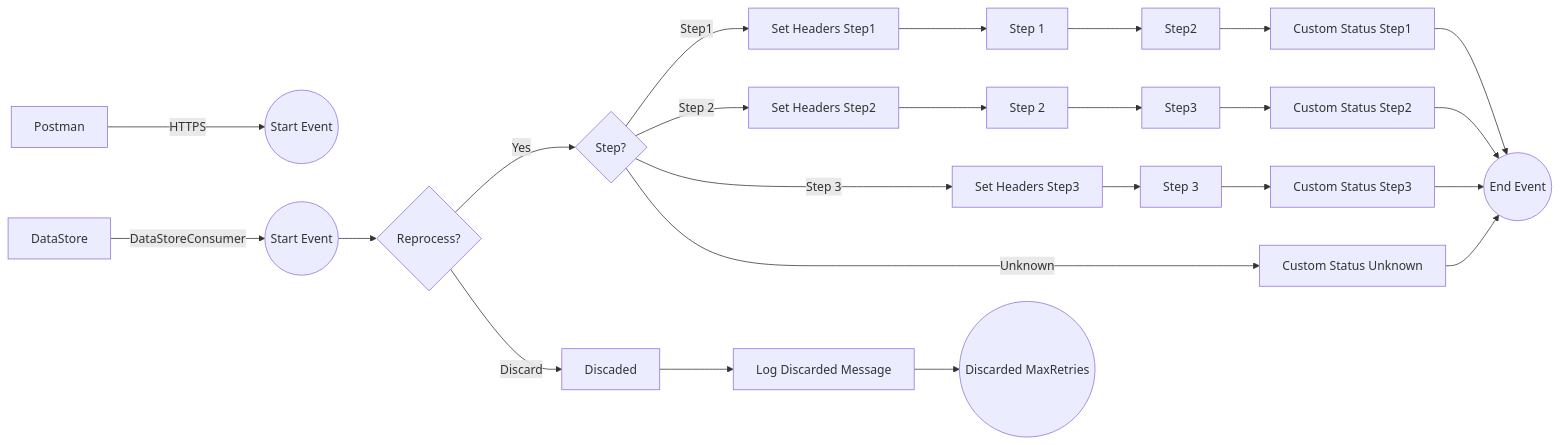
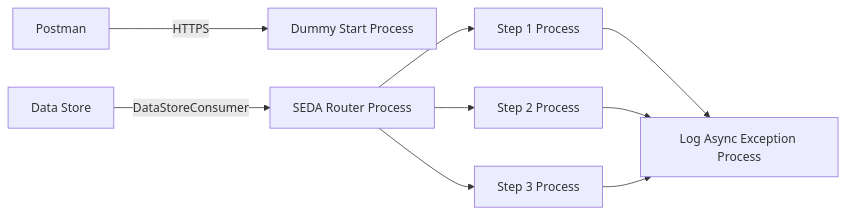
Before and after one commit to Avvale-IA-CICD/AvvaleCPI: the diagram in MMZ - Cell Iflows/SEDA_Model_-_Single_DS_-_Restart_and_Discard_MMZ-1.0.1/readme.md, drawn with Mermaid. The commit also changed other lines of this file, not shown here.

Commit message:
Add/update documentation for SEDA_Model_-_Single_DS_-_Restart_and_Discard_MMZ v1.0.1

````diff
--- a/MMZ - Cell Iflows/SEDA_Model_-_Single_DS_-_Restart_and_Discard_MMZ-1.0.1/readme.md
+++ b/MMZ - Cell Iflows/SEDA_Model_-_Single_DS_-_Restart_and_Discard_MMZ-1.0.1/readme.md
@@ -4,55 +5,22 @@
 ```mermaid
 graph LR
     Postman[Postman]
-    DS[DataStore]
-    StartEvent_12079784((Start Event))
-    StartEvent_2((Start Event))
-    ExclusiveGateway_9098{Reprocess?}
-    ExclusiveGateway_12{Step?}
-    CallActivity_12079790[Set Headers Step1]
-    CallActivity_12079792[Set Headers Step2]
-    CallActivity_12079794[Set Headers Step3]
-    CallActivity_15[Step 1]
-    CallActivity_18[Step 2]
-    CallActivity_21[Step 3]
-    CallActivity_12079780[Step2]
-    CallActivity_12079781[Step3]
-    CallActivity_9071[Custom Status Step1]
-    CallActivity_9077[Custom Status Step2]
-    CallActivity_9074[Custom Status Step3]
-    CallActivity_20[Custom Status Unknown]
-    CallActivity_9101[Discaded]
-    CallActivity_12079775[Log Discarded Message]
-    EndEvent_2((End Event))
-    EndEvent_9104((Discarded MaxRetries))
+    DS[Data Store]
+    DummyStart[Dummy Start Process]
+    SEDARouter[SEDA Router Process]
+    Step1Process[Step 1 Process]
+    Step2Process[Step 2 Process]
+    Step3Process[Step 3 Process]
+    LogAsyncException[Log Async Exception Process]
 
-    Postman -- HTTPS --> StartEvent_12079784
-    DS -- DataStoreConsumer --> StartEvent_2
-    StartEvent_2 --> ExclusiveGateway_9098
-    ExclusiveGateway_9098 -- Yes --> ExclusiveGateway_12
-    ExclusiveGateway_9098 -- Discard --> CallActivity_9101
-    CallActivity_9101 --> CallActivity_12079775
-    CallActivity_12079775 --> EndEvent_9104
+    Postman -- HTTPS --> DummyStart
+    DS -- DataStoreConsumer --> SEDARouter
 
-    ExclusiveGateway_12 -- Step1 --> CallActivity_12079790
-    ExclusiveGateway_12 -- Step 2 --> CallActivity_12079792
-    ExclusiveGateway_12 -- Step 3 --> CallActivity_12079794
-    ExclusiveGateway_12 -- Unknown --> CallActivity_20
-    CallActivity_20 --> EndEvent_2
+    SEDARouter --> Step1Process
+    SEDARouter --> Step2Process
+    SEDARouter --> Step3Process
 
-    CallActivity_12079790 --> CallActivity_15
-    CallActivity_12079792 --> CallActivity_18
-    CallActivity_12079794 --> CallActivity_21
-
-    CallActivity_15 --> CallActivity_12079780
-    CallActivity_18 --> CallActivity_12079781
-
-    CallActivity_12079780 --> CallActivity_9071
-    CallActivity_12079781 --> CallActivity_9077
-
-    CallActivity_21 --> CallActivity_9074
-
-    CallActivity_9071 --> EndEvent_2
-    CallActivity_9077 --> EndEvent_2
-    CallActivity_9074 --> EndEvent_2
+    Step1Process --> LogAsyncException
+    Step2Process --> LogAsyncException
+    Step3Process --> LogAsyncException
 ```
````
